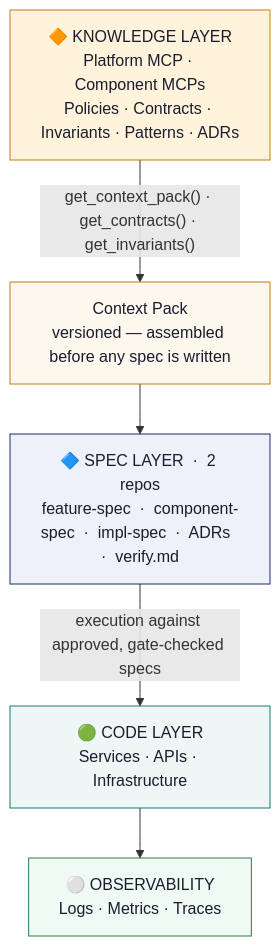
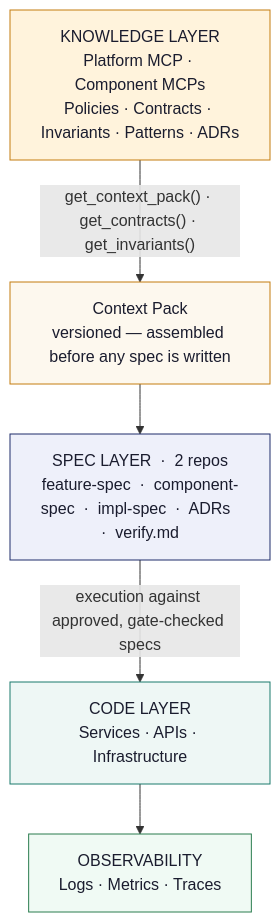
Before and after one commit to javierhbr/agnostic-agent-loop: the first of 8 diagrams in docs/sdd-mcp/operation model/six-pager-01.md, drawn with Mermaid. The commit also changed other lines of this file and 62 other files, not shown here.

````diff
--- a/docs/sdd-mcp/operation model/six-pager-01.md
+++ b/docs/sdd-mcp/operation model/six-pager-01.md
@@ -133,19 +193,19 @@
 ```mermaid
 flowchart TD
-    KL["🔶 KNOWLEDGE LAYER\nPlatform MCP · Component MCPs\nPolicies · Contracts · Invariants · Patterns · ADRs"]
+    KL["KNOWLEDGE LAYER\nPlatform MCP · Component MCPs\nPolicies · Contracts · Invariants · Patterns · ADRs"]
     CP["Context Pack\nversioned — assembled before any spec is written"]
-    SL["🔷 SPEC LAYER  ·  2 repos\nfeature-spec  ·  component-spec  ·  impl-spec  ·  ADRs  ·  verify.md"]
-    CL["🟢 CODE LAYER\nServices · APIs · Infrastructure"]
-    OL["⚪ OBSERVABILITY\nLogs · Metrics · Traces"]
+    SL["SPEC LAYER  ·  2 repos\nfeature-spec  ·  component-spec  ·  impl-spec  ·  ADRs  ·  verify.md"]
+    CL["CODE LAYER\nServices · APIs · Infrastructure"]
+    OL["OBSERVABILITY\nLogs · Metrics · Traces"]
 
     KL -->|"get_context_pack() · get_contracts() · get_invariants()"| CP
     CP --> SL
     SL -->|"execution against approved, gate-checked specs"| CL
     CL --> OL
 
     style KL fill:#fff3dc,stroke:#c47d0e,color:#1a1c2e
     style CP fill:#fdf8ee,stroke:#c47d0e,color:#1a1c2e
     style SL fill:#eef0fa,stroke:#1e2d6b,color:#1a1c2e
     style CL fill:#eef7f5,stroke:#1a7a6d,color:#1a1c2e
     style OL fill:#f0faf4,stroke:#2a7d4f,color:#1a1c2e
 ```
````
